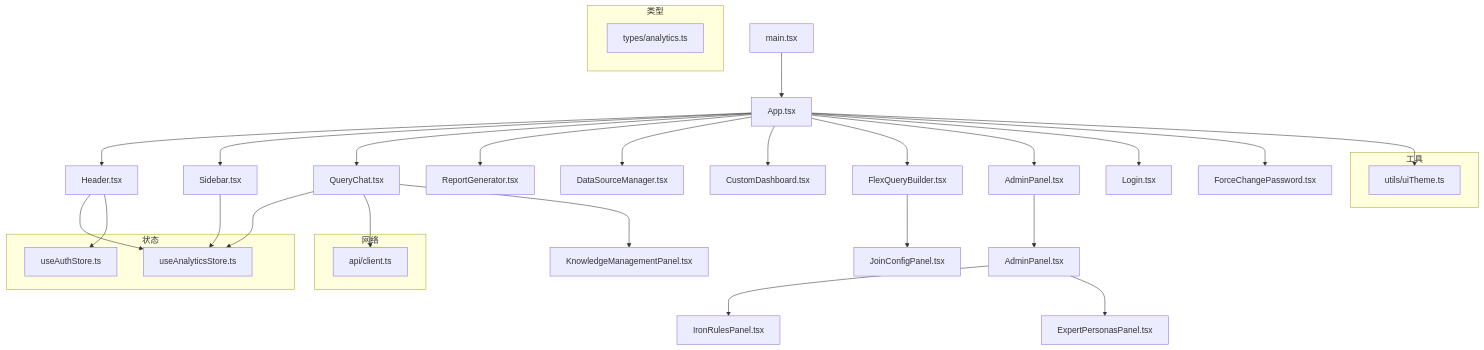
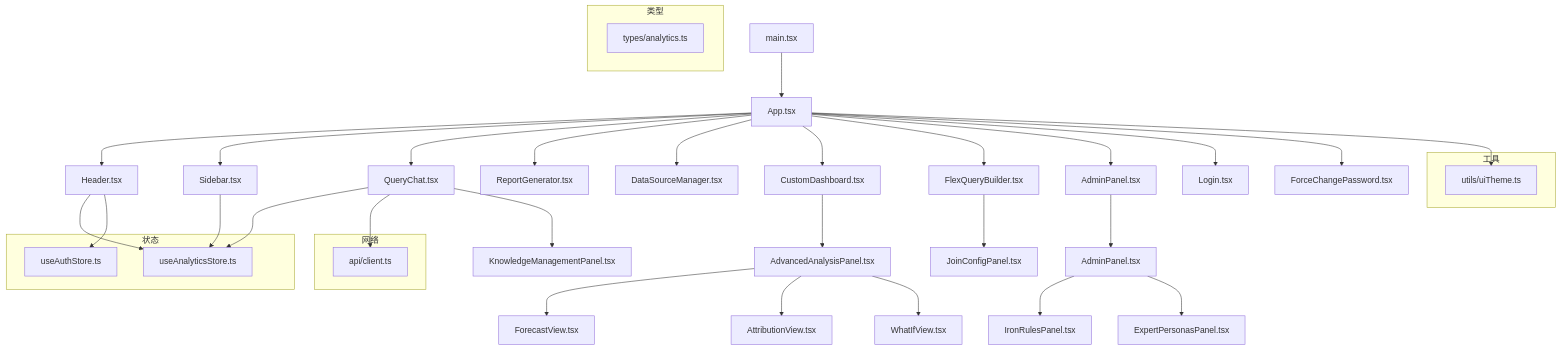
Before and after one commit to dgjin/smart-data-analytics: the first of 14 diagrams in .qoder/repowiki/zh/content/前端应用/前端应用.md, drawn with Mermaid. The commit also changed other lines of this file and 141 other files, not shown here.

````diff
--- a/.qoder/repowiki/zh/content/前端应用/前端应用.md
+++ b/.qoder/repowiki/zh/content/前端应用/前端应用.md
@@ -66,38 +72,42 @@
 ```mermaid
 graph TB
 A["main.tsx"] --> B["App.tsx"]
 B --> C["Header.tsx"]
 B --> D["Sidebar.tsx"]
 B --> E["QueryChat.tsx"]
 B --> F["ReportGenerator.tsx"]
 B --> G["DataSourceManager.tsx"]
 B --> H["CustomDashboard.tsx"]
 B --> I["FlexQueryBuilder.tsx"]
 B --> J["AdminPanel.tsx"]
 B --> K["Login.tsx"]
 B --> L["ForceChangePassword.tsx"]
 subgraph "状态"
 M["useAnalyticsStore.ts"]
 N["useAuthStore.ts"]
 end
 subgraph "网络"
 O["api/client.ts"]
 end
 subgraph "类型"
 P["types/analytics.ts"]
 end
 subgraph "工具"
 Q["utils/uiTheme.ts"]
 end
 C --> M
 C --> N
 D --> M
 E --> M
 E --> O
 B --> Q
 J --> R["AdminPanel.tsx"]
 R --> S["IronRulesPanel.tsx"]
 R --> T["ExpertPersonasPanel.tsx"]
 E --> U["KnowledgeManagementPanel.tsx"]
 I --> V["JoinConfigPanel.tsx"]
+H --> W["AdvancedAnalysisPanel.tsx"]
+W --> X["ForecastView.tsx"]
+W --> Y["AttributionView.tsx"]
+W --> Z["WhatIfView.tsx"]
 ```
````
